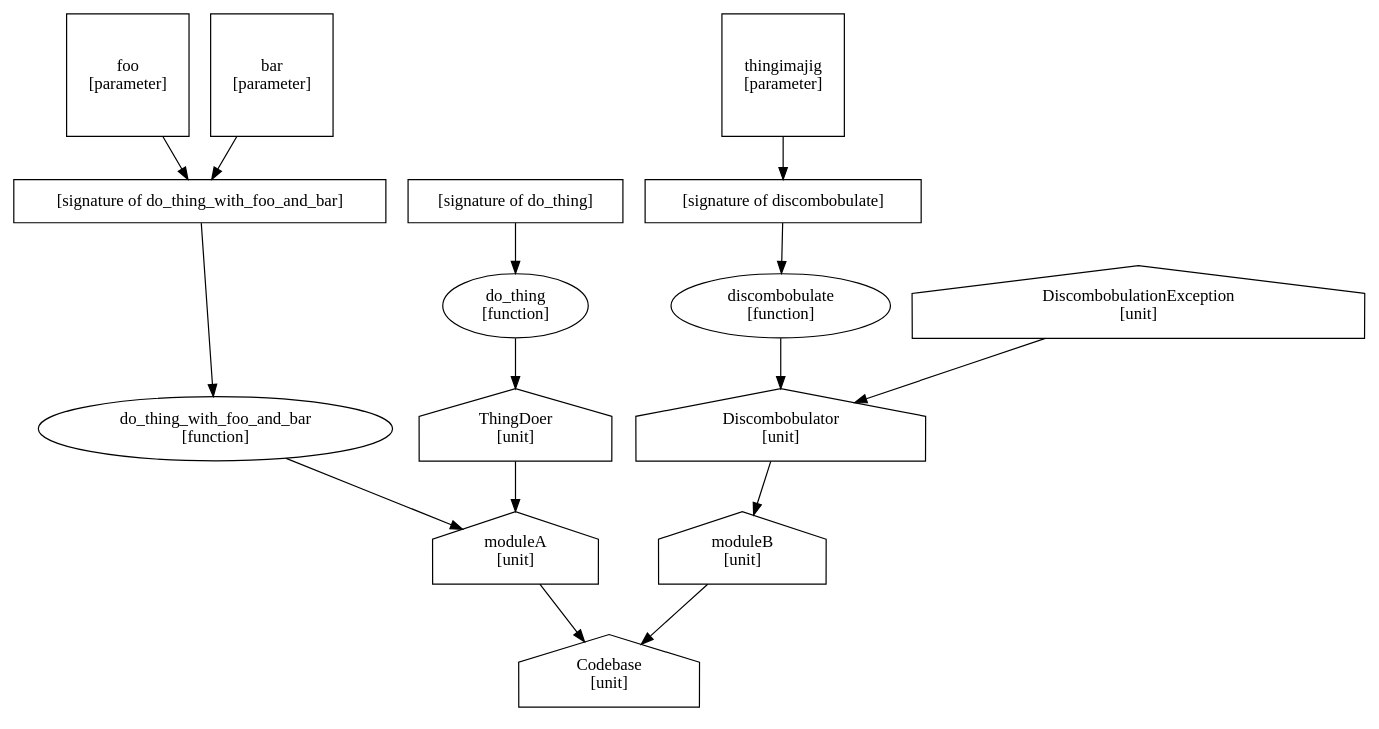
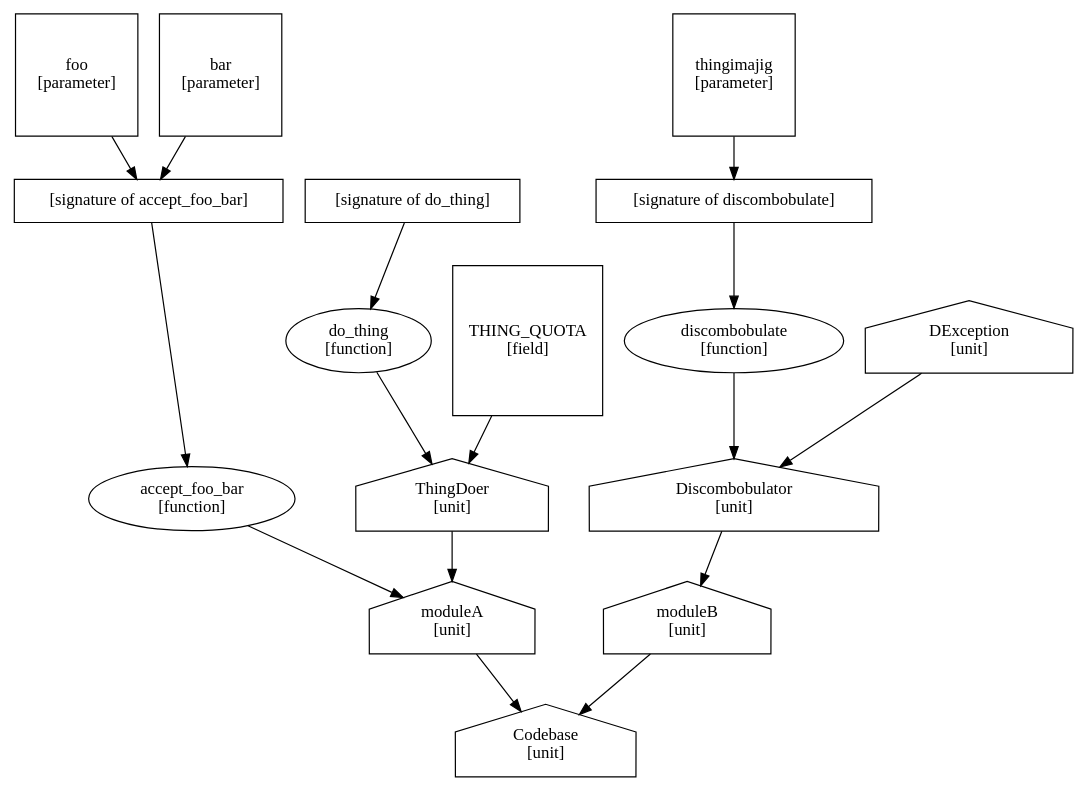
The diagram in images/dot/reprexample.dot (cshtarkov/autobump-dissertation), drawn with Graphviz before and after one commit. The commit also changed 3 other files, not shown here.

Commit message:
Better labels, diagrams, and typesetting

```diff
--- a/images/dot/reprexample.dot
+++ b/images/dot/reprexample.dot
@@ -1,47 +1,50 @@
 digraph representation_example {
 
     u_codebase [shape=house, label="Codebase\n[unit]"];
 
     /* module1.py */
 
     p_a [shape=square, label="foo\n[parameter]"];
     p_b [shape=square, label="bar\n[parameter]"];
-    s_func [shape=box, label="[signature of do_thing_with_foo_and_bar]"];
+    s_func [shape=box, label="[signature of accept_foo_bar]"];
     p_a -> s_func;
     p_b -> s_func;
-    f_func [shape=ellipse, label="do_thing_with_foo_and_bar\n[function]"];
+    f_func [shape=ellipse, label="accept_foo_bar\n[function]"];
     s_func -> f_func;
     s_func_empty [shape=box, label="[signature of do_thing]"];
     f_func_empty [shape=ellipse, label="do_thing\n[function]"];
     s_func_empty -> f_func_empty;
     {rank=same; s_func s_func_empty};
 
+    i_thing_quota [shape=square, label="THING_QUOTA\n[field]"];
+
     u_class [shape=house, label="ThingDoer\n[unit]"];
     f_func_empty -> u_class;
+    i_thing_quota -> u_class;
 
     u_module1 [shape=house, label="moduleA\n[unit]"];
     f_func -> u_module1;
     u_class -> u_module1;
 
     u_module1 -> u_codebase;
 
     /* module2.py */
 
     p_thingimajig [shape=square, label="thingimajig\n[parameter]"];
     s_disc [shape=box, label="[signature of discombobulate]"];
     p_thingimajig -> s_disc;
     f_disc [shape=ellipse, label="discombobulate\n[function]"];
     s_disc -> f_disc;
 
-    u_discexc [shape=house, label="DiscombobulationException\n[unit]"]
+    u_discexc [shape=house, label="DException\n[unit]"]
 
     u_disc [shape=house, label="Discombobulator\n[unit]"];
     f_disc -> u_disc;
     u_discexc -> u_disc;
 
     u_module2 [shape=house, label="moduleB\n[unit]"]
     u_disc -> u_module2
 
     u_module2 -> u_codebase;
 
 }
```
